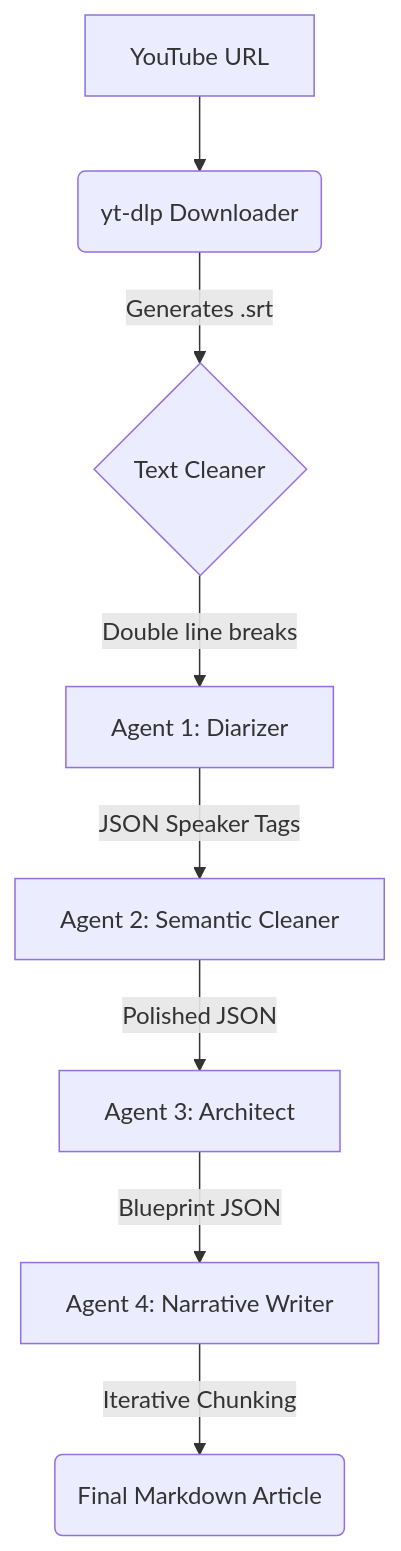
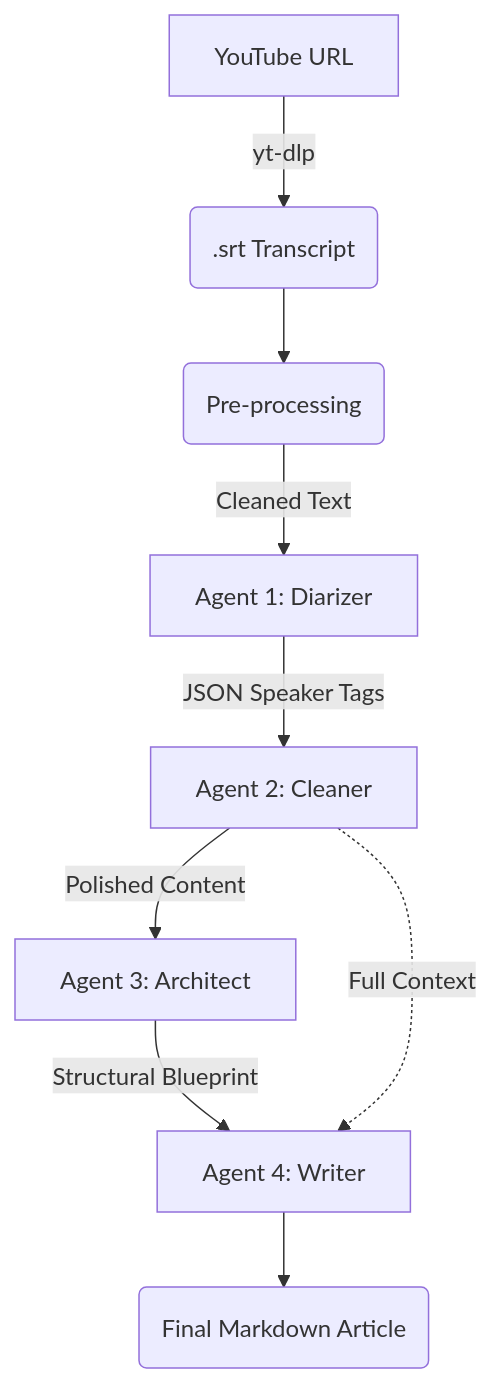
The diagram in README.md (idshdx/Youtube2Article), drawn with Mermaid before and after one commit. The commit also changed other lines of this file, not shown here.

Commit message:
updated readme, diagram

````diff
--- a/README.md
+++ b/README.md
@@ -7,10 +7,11 @@
 ```mermaid
 graph TD;
-    A[YouTube URL] --> B(yt-dlp Downloader)
-    B -->|Generates .srt| C{Text Cleaner}
-    C -->|Double line breaks| D[Agent 1: Diarizer]
-    D -->|JSON Speaker Tags| E[Agent 2: Semantic Cleaner]
-    E -->|Polished JSON| F[Agent 3: Architect]
-    F -->|Blueprint JSON| G[Agent 4: Narrative Writer]
-    G -->|Iterative Chunking| H(Final Markdown Article)
+    A[YouTube URL] -->|yt-dlp| B(.srt Transcript)
+    B --> C(Pre-processing)
+    C -->|Cleaned Text| D[Agent 1: Diarizer]
+    D -->|JSON Speaker Tags| E[Agent 2: Cleaner]
+    E -->|Polished Content| F[Agent 3: Architect]
+    F -->|Structural Blueprint| G[Agent 4: Writer]
+    E -.->|Full Context| G
+    G --> H(Final Markdown Article)
 ```
````
